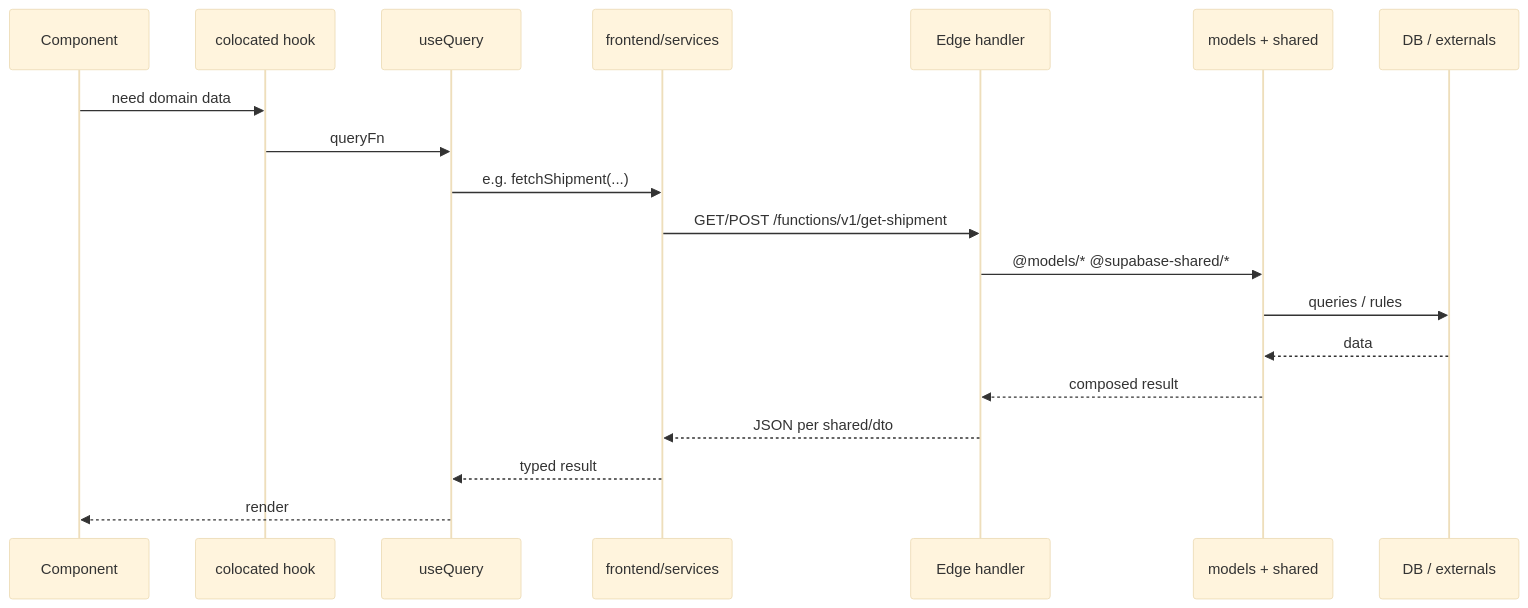
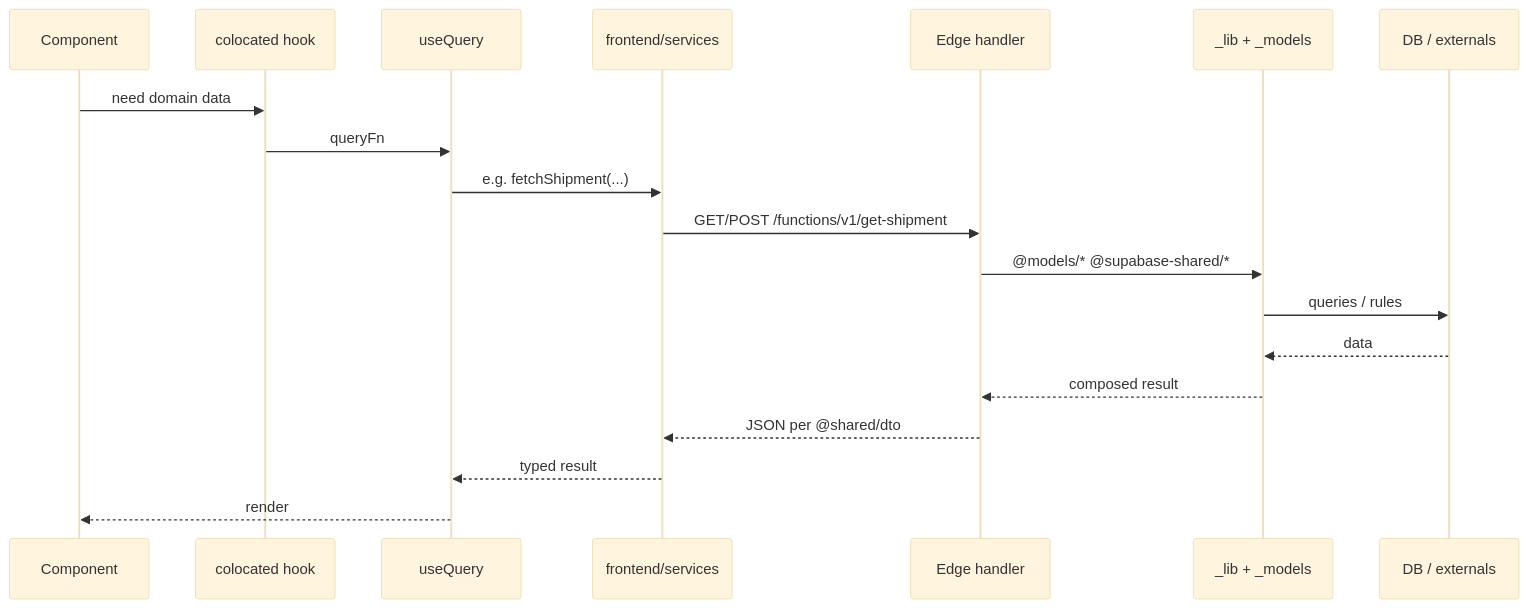
Before and after one commit to lcorbitt/containerly-app: the third of 4 diagrams in docs/architecture-frontend-backend.md, drawn with Mermaid (base theme). The commit also changed other lines of this file and 286 other files, not shown here.

````diff
--- a/docs/architecture-frontend-backend.md
+++ b/docs/architecture-frontend-backend.md
@@ -232,22 +244,22 @@
 ```mermaid
 sequenceDiagram
   participant Comp as Component
   participant Hook as colocated hook
   participant Q as useQuery
   participant FS as frontend/services
   participant Edge as Edge handler
-  participant Core as models + shared
+  participant Lib as _lib + _models
   participant DB as DB / externals
 
   Comp->>Hook: need domain data
   Hook->>Q: queryFn
   Q->>FS: e.g. fetchShipment(...)
   FS->>Edge: GET/POST /functions/v1/get-shipment
-  Edge->>Core: @models/* @supabase-shared/*
-  Core->>DB: queries / rules
-  DB-->>Core: data
-  Core-->>Edge: composed result
-  Edge-->>FS: JSON per shared/dto
+  Edge->>Lib: @models/* @supabase-shared/*
+  Lib->>DB: queries / rules
+  DB-->>Lib: data
+  Lib-->>Edge: composed result
+  Edge-->>FS: JSON per @shared/dto
   FS-->>Q: typed result
   Q-->>Comp: render
 ```
````
